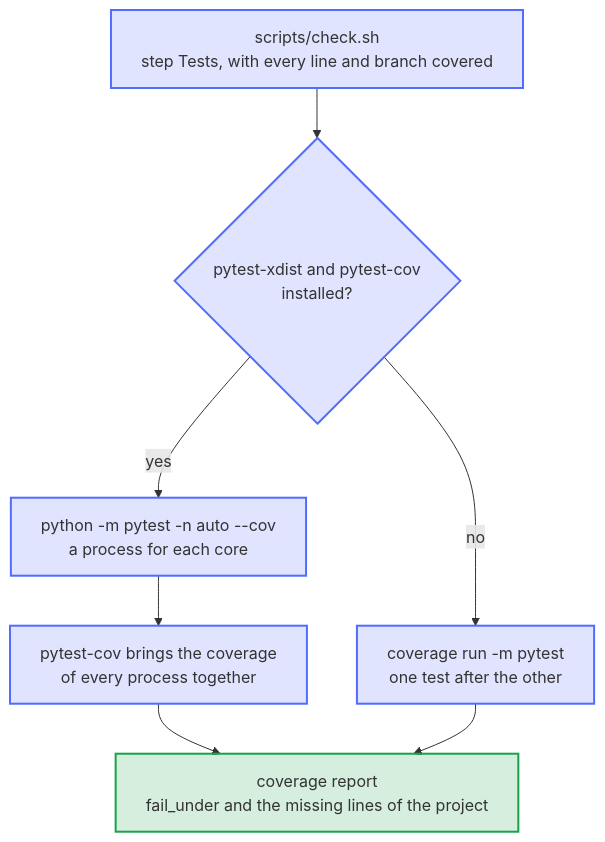
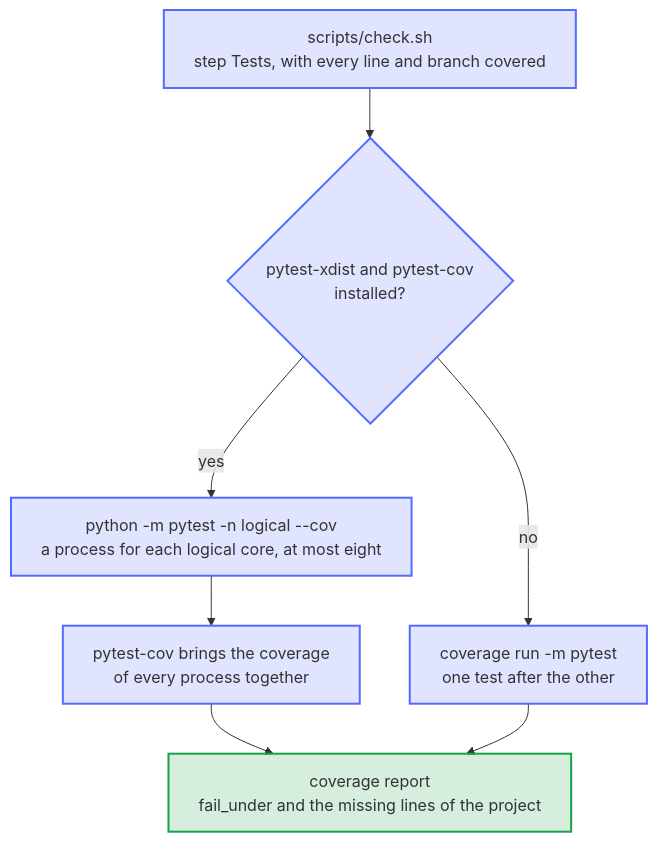
The diagram in docs/diagrams/how-the-tests-run-on-every-core.mmd (Dennis-Otto/repo-blueprint), drawn with Mermaid before and after one commit. The commit also changed 16 other files, not shown here.

First line of the commit message:
perf: run the tests on every logical core, at most eight, and compile the templates of the tests once

```diff
--- a/docs/diagrams/how-the-tests-run-on-every-core.mmd
+++ b/docs/diagrams/how-the-tests-run-on-every-core.mmd
@@ -1,25 +1,25 @@
 ---
 config:
   flowchart:
     wrappingWidth: 400
 ---
 flowchart TB
     accTitle: How the tests run on every core
-    accDescr: scripts/check.sh asks the Python of the project for pytest-xdist and pytest-cov. With both, pytest starts a process for each core, which share the tests between them, and pytest-cov brings the coverage of every process together. Without them, coverage runs the tests one after the other. Either way, coverage report applies the settings of the project, such as fail_under, and lists every line that no test runs.
+    accDescr: scripts/check.sh asks the Python of the project for pytest-xdist and pytest-cov. With both, pytest starts a process for each logical core, at most eight unless PYTEST_XDIST_AUTO_NUM_WORKERS sets another number, which share the tests between them, and pytest-cov brings the coverage of every process together. Without them, coverage runs the tests one after the other. Either way, coverage report applies the settings of the project, such as fail_under, and lists every line that no test runs.
 
     check["scripts/check.sh<br>step Tests, with every line and branch covered"]
     ask{"pytest-xdist and pytest-cov<br>installed?"}
-    workers["python -m pytest -n auto --cov<br>a process for each core"]
+    workers["python -m pytest -n logical --cov<br>a process for each logical core, at most eight"]
     combine["pytest-cov brings the coverage<br>of every process together"]
     serial["coverage run -m pytest<br>one test after the other"]
     report["coverage report<br>fail_under and the missing lines of the project"]
 
     check --> ask
     ask -->|yes| workers --> combine --> report
     ask -->|no| serial --> report
 
     classDef you fill:#f59e0b2e,stroke:#f59e0b,stroke-width:2px
     classDef bot fill:#526cfe2e,stroke:#526cfe,stroke-width:2px
     classDef done fill:#16a34a2e,stroke:#16a34a,stroke-width:2px
     class check,ask,workers,combine,serial bot
     class report done
```
